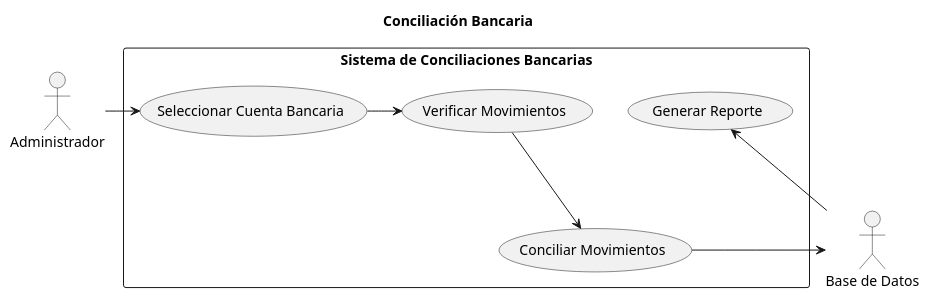
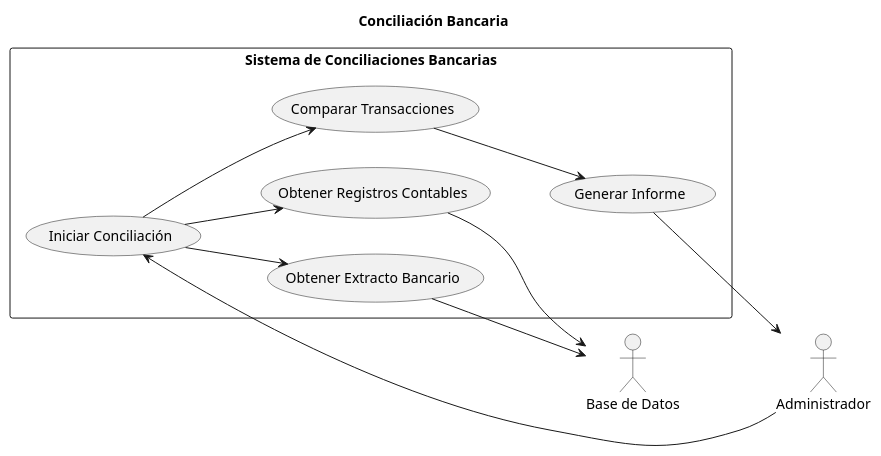
The diagram in ConciliacionBancaria.puml (ricardouriegas/sistema-de-consilaciones-bancarias), drawn with PlantUML before and after one commit. The commit also changed 15 other files, not shown here.

```diff
--- a/ConciliacionBancaria.puml
+++ b/ConciliacionBancaria.puml
@@ -1,16 +1,23 @@
 @startuml ConciliacionBancaria
 title Conciliación Bancaria
+left to right direction
 
 actor Administrador as admin
-actor "Base de Datos" as bd
+actor "Base de Datos" as db
 
 rectangle "Sistema de Conciliaciones Bancarias" {
-    admin -> (Seleccionar Cuenta Bancaria)
-    (Seleccionar Cuenta Bancaria) -> (Verificar Movimientos)
+    admin --> (Iniciar Conciliación)
 
-    (Verificar Movimientos) --> (Conciliar Movimientos)
-    (Conciliar Movimientos) -> bd
-    bd --> (Generar Reporte) 
+    (Iniciar Conciliación) --> (Obtener Extracto Bancario)
+    (Obtener Extracto Bancario) --> db
+
+    (Iniciar Conciliación) --> (Obtener Registros Contables)
+    (Obtener Registros Contables) --> db
+
+    (Iniciar Conciliación) --> (Comparar Transacciones)
+
+    (Comparar Transacciones) --> (Generar Informe)
+    (Generar Informe) --> admin
 }
 
 @enduml
```
